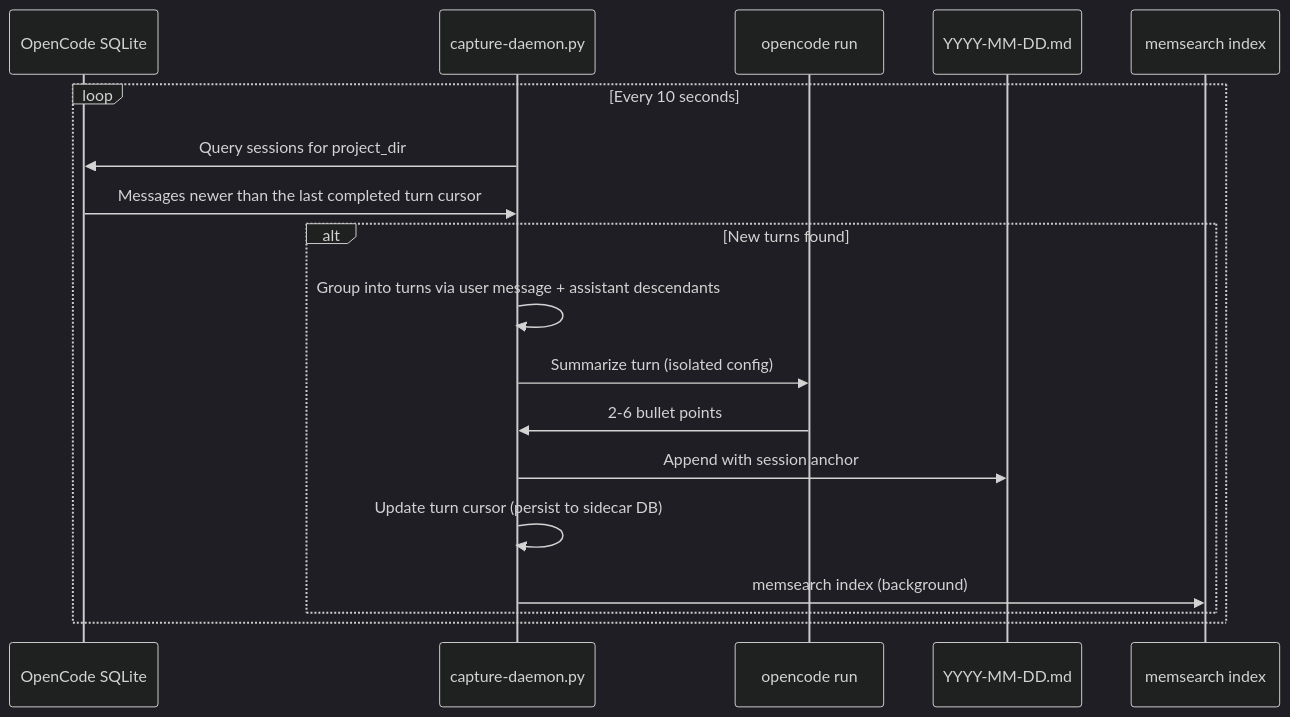
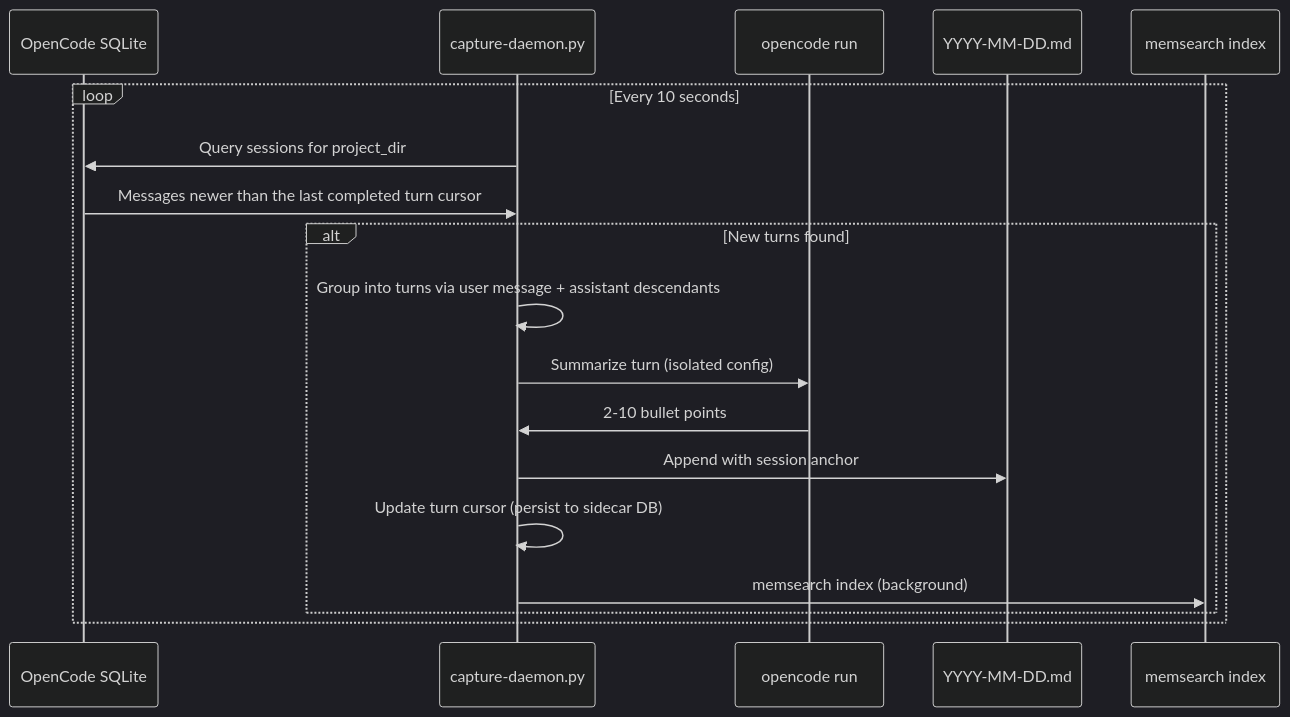
One commit to zilliztech/memsearch changed the second of 2 diagrams in docs/platforms/opencode/how-it-works.md. Above: the diagram before and after it, drawn with Mermaid (dark theme). The commit also changed other lines of this file and 35 other files, not shown here.

````diff
--- a/docs/platforms/opencode/how-it-works.md
+++ b/docs/platforms/opencode/how-it-works.md
@@ -60,21 +60,21 @@
 ```mermaid
 sequenceDiagram
     participant DB as OpenCode SQLite
     participant Daemon as capture-daemon.py
     participant LLM as opencode run
     participant File as YYYY-MM-DD.md
     participant Index as memsearch index
 
     loop Every 10 seconds
         Daemon->>DB: Query sessions for project_dir
         DB->>Daemon: Messages newer than the last completed turn cursor
         alt New turns found
             Daemon->>Daemon: Group into turns via user message + assistant descendants
             Daemon->>LLM: Summarize turn (isolated config)
-            LLM->>Daemon: 2-6 bullet points
+            LLM->>Daemon: 2-10 bullet points
             Daemon->>File: Append with session anchor
             Daemon->>Daemon: Update turn cursor (persist to sidecar DB)
             Daemon->>Index: memsearch index (background)
         end
     end
 ```
````
